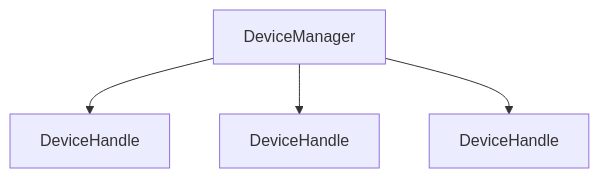
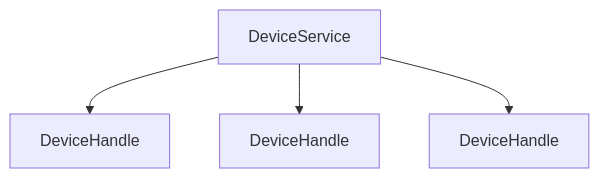
The third of 28 diagrams in docs/DESIGN_DOC.md (aidan-clyens/miniaudioengine), drawn with Mermaid before and after one commit. The commit also changed other lines of this file and 4 other files, not shown here.

````diff
--- a/docs/DESIGN_DOC.md
+++ b/docs/DESIGN_DOC.md
@@ -165,9 +166,9 @@
 ```mermaid
 graph TD
 
-    DeviceManager
+    DeviceService
 
-    DeviceManager --> D1["DeviceHandle"]
-    DeviceManager --> D2["DeviceHandle"]
-    DeviceManager --> D3["DeviceHandle"]
+    DeviceService --> D1["DeviceHandle"]
+    DeviceService --> D2["DeviceHandle"]
+    DeviceService --> D3["DeviceHandle"]
 ```
````
